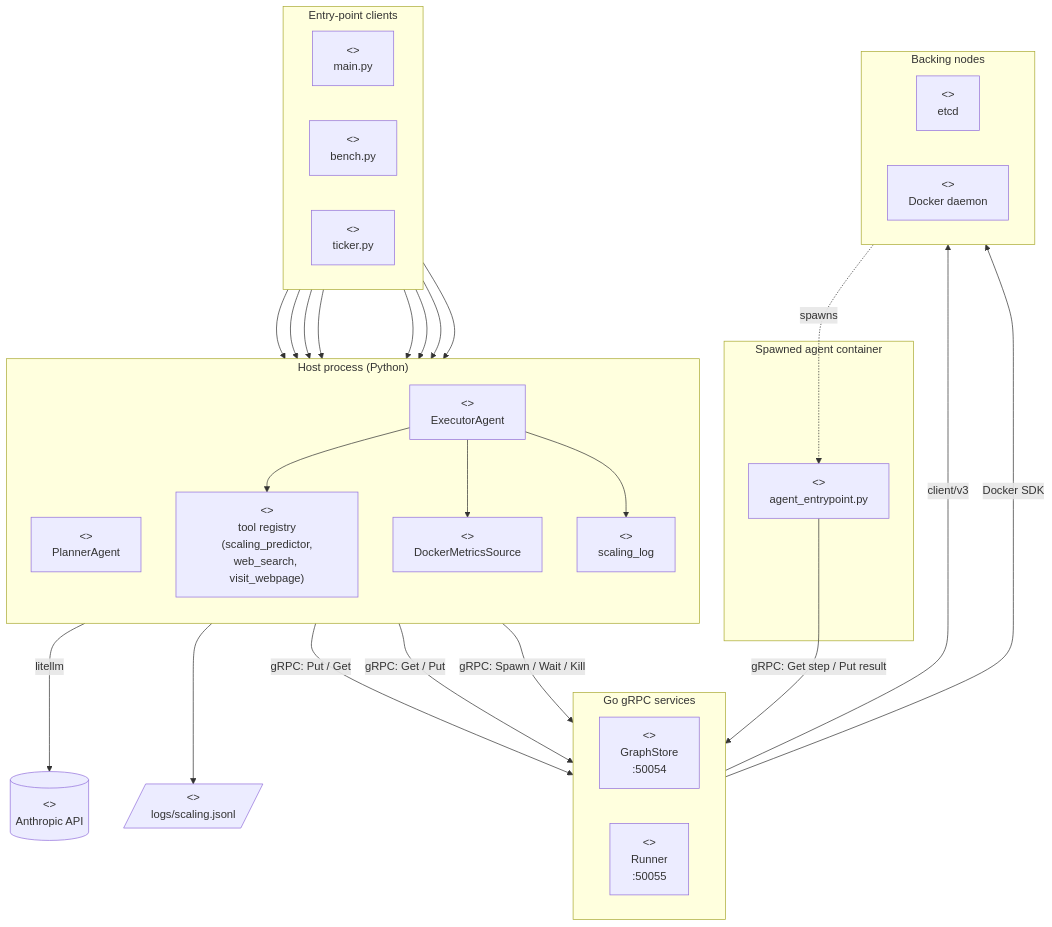
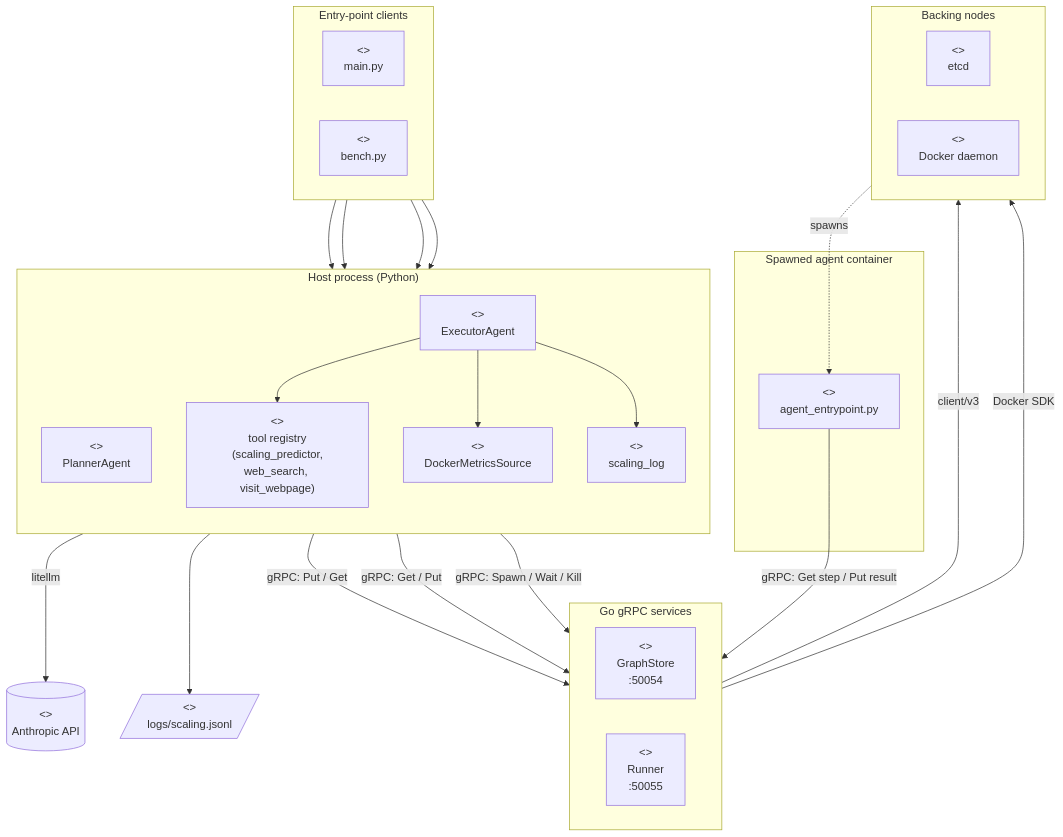
The second of 4 diagrams in README.md (KirkKennedyLincoln/BREH), drawn with Mermaid before and after one commit. The commit also changed other lines of this file and 3 other files, not shown here.

````diff
--- a/README.md
+++ b/README.md
@@ -152,60 +150,55 @@
 ```mermaid
 flowchart TB
     subgraph clients ["Entry-point clients"]
         direction LR
         CLI["<<component>><br/>main.py"]
         BENCH["<<component>><br/>bench.py"]
-        TICK["<<component>><br/>ticker.py"]
     end
 
     subgraph host ["Host process (Python)"]
         direction TB
         PLAN["<<component>><br/>PlannerAgent"]
         EXEC["<<component>><br/>ExecutorAgent"]
         TOOLS["<<component>><br/>tool registry<br/>(scaling_predictor,<br/>web_search, visit_webpage)"]
         METRICS["<<component>><br/>DockerMetricsSource"]
         SLOG["<<component>><br/>scaling_log"]
     end
 
     subgraph services ["Go gRPC services"]
         direction LR
         STORAGE["<<component>><br/>GraphStore<br/>:50054"]
         RUNNER["<<component>><br/>Runner<br/>:50055"]
     end
 
     subgraph nodes ["Backing nodes"]
         direction LR
         ETCD["<<node>><br/>etcd"]
         DOCKER["<<node>><br/>Docker daemon"]
     end
 
     subgraph cnt ["Spawned agent container"]
         ENTRY["<<artifact>><br/>agent_entrypoint.py"]
     end
 
     LLM[("<<external>><br/>Anthropic API")]
     JSONL[/"<<artifact>><br/>logs/scaling.jsonl"/]
 
     CLI --> PLAN
     CLI --> EXEC
     BENCH --> PLAN
     BENCH --> EXEC
-    TICK --> PLAN
-    TICK --> EXEC
 
     PLAN -- "litellm" --> LLM
     PLAN -- "gRPC: Put / Get" --> STORAGE
     EXEC -- "gRPC: Get / Put" --> STORAGE
     EXEC -- "gRPC: Spawn / Wait / Kill" --> RUNNER
     EXEC --> TOOLS
     EXEC --> METRICS
     EXEC --> SLOG
-    TICK --> METRICS
-    TICK --> SLOG
     SLOG --> JSONL
 
     STORAGE -- "client/v3" --> ETCD
     RUNNER -- "Docker SDK" --> DOCKER
     DOCKER -. "spawns" .-> ENTRY
     ENTRY -- "gRPC: Get step / Put result" --> STORAGE
 ```
````
